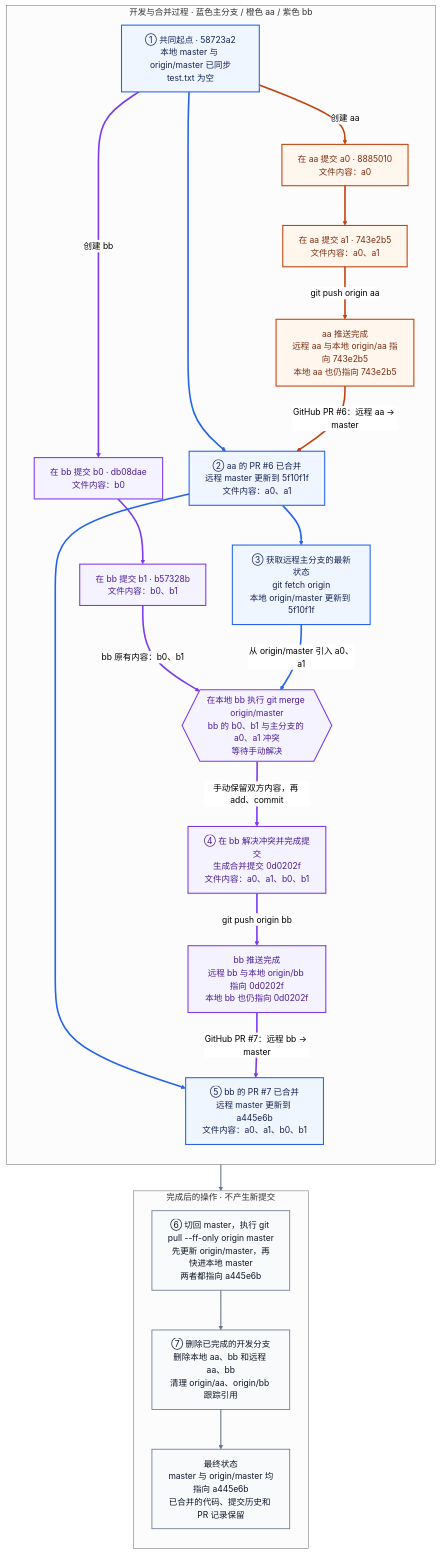
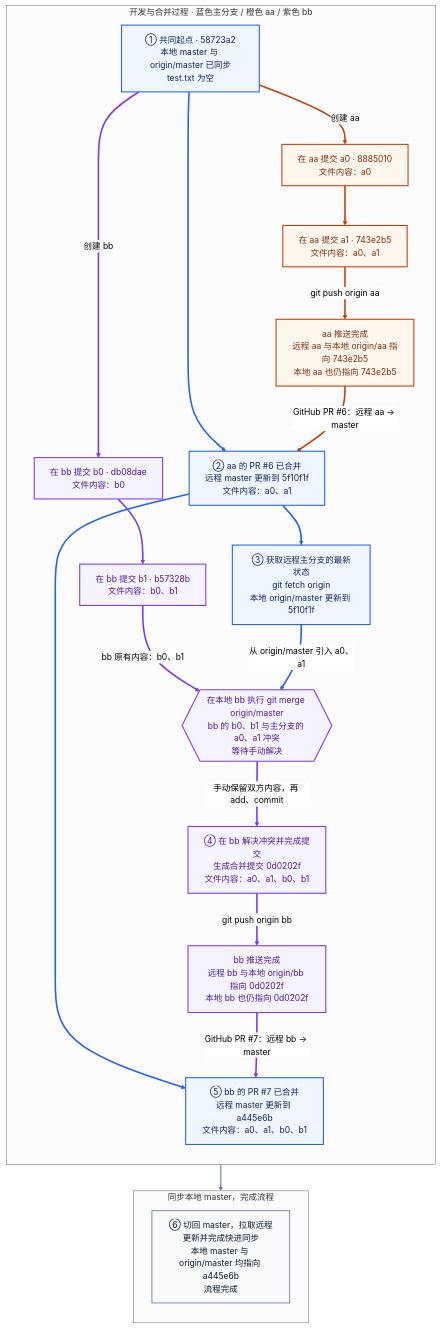
Before and after one commit to dcdmm/Script: the diagram in git-team-workflow.md, drawn with Mermaid (neutral theme). The commit also changed other lines of this file and 2 other files, not shown here.

````diff
--- a/git-team-workflow.md
+++ b/git-team-workflow.md
@@ -1,60 +1,56 @@
 ```mermaid
 flowchart TD
     subgraph HISTORY["开发与合并过程 · 蓝色主分支 / 橙色 aa / 紫色 bb"]
         direction TD
 
         O["① 共同起点 · 58723a2<br/>本地 master 与 origin/master 已同步<br/>test.txt 为空"]
         A0["在 aa 提交 a0 · 8885010<br/>文件内容：a0"]
         A1["在 aa 提交 a1 · 743e2b5<br/>文件内容：a0、a1"]
         RA["aa 推送完成<br/>远程 aa 与本地 origin/aa 指向 743e2b5<br/>本地 aa 也仍指向 743e2b5"]
         B0["在 bb 提交 b0 · db08dae<br/>文件内容：b0"]
         B1["在 bb 提交 b1 · b57328b<br/>文件内容：b0、b1"]
         P6["② aa 的 PR #6 已合并<br/>远程 master 更新到 5f10f1f<br/>文件内容：a0、a1"]
         FM["③ 获取远程主分支的最新状态<br/>git fetch origin<br/>本地 origin/master 更新到 5f10f1f"]
         X{{"在本地 bb 执行 git merge origin/master<br/>bb 的 b0、b1 与主分支的 a0、a1 冲突<br/>等待手动解决"}}
         M["④ 在 bb 解决冲突并完成提交<br/>生成合并提交 0d0202f<br/>文件内容：a0、a1、b0、b1"]
         RB["bb 推送完成<br/>远程 bb 与本地 origin/bb 指向 0d0202f<br/>本地 bb 也仍指向 0d0202f"]
         P7["⑤ bb 的 PR #7 已合并<br/>远程 master 更新到 a445e6b<br/>文件内容：a0、a1、b0、b1"]
 
         O -->|"创建 aa"| A0
         A0 --> A1
         A1 -->|"git push origin aa"| RA
         O -->|"创建 bb"| B0
         B0 --> B1
         O --> P6
         RA -->|"GitHub PR #6：远程 aa → master"| P6
         P6 --> FM
         B1 -->|"bb 原有内容：b0、b1"| X
         FM -->|"从 origin/master 引入 a0、a1"| X
         X -->|"手动保留双方内容，再 add、commit"| M
         M -->|"git push origin bb"| RB
         P6 --> P7
         RB -->|"GitHub PR #7：远程 bb → master"| P7
     end
 
-    subgraph CLEANUP["完成后的操作 · 不产生新提交"]
+    subgraph FINISH["同步本地 master，完成流程"]
         direction TD
-        S["⑥ 切回 master，执行 git pull --ff-only origin master<br/>先更新 origin/master，再快进本地 master<br/>两者都指向 a445e6b"]
-        D["⑦ 删除已完成的开发分支<br/>删除本地 aa、bb 和远程 aa、bb<br/>清理 origin/aa、origin/bb 跟踪引用"]
-        F["最终状态<br/>master 与 origin/master 均指向 a445e6b<br/>已合并的代码、提交历史和 PR 记录保留"]
+        S["⑥ 切回 master，拉取远程更新并完成快进同步<br/>本地 master 与 origin/master 均指向 a445e6b<br/>流程完成"]
     end
 
     P7 --> S
-    S --> D
-    D --> F
 
     classDef mainNode fill:#eff6ff,stroke:#2563eb,color:#172554,stroke-width:2px;
     classDef aaNode fill:#fff7ed,stroke:#c2410c,color:#7c2d12,stroke-width:2px;
     classDef bbNode fill:#f5f3ff,stroke:#7c3aed,color:#4c1d95,stroke-width:2px;
     classDef actionNode fill:#f8fafc,stroke:#64748b,color:#0f172a,stroke-width:1.5px;
 
     class O,P6,FM,P7 mainNode;
     class A0,A1,RA aaNode;
     class B0,B1,X,M,RB bbNode;
-    class S,D,F actionNode;
+    class S actionNode;
 
     linkStyle 0,1,2,6 stroke:#c2410c,stroke-width:3px;
     linkStyle 3,4,8,10,11,13 stroke:#7c3aed,stroke-width:3px;
     linkStyle 5,7,9,12 stroke:#2563eb,stroke-width:3px;
-    linkStyle 14,15,16 stroke:#64748b,stroke-width:2px;
+    linkStyle 14 stroke:#64748b,stroke-width:2px;
 ```
````
